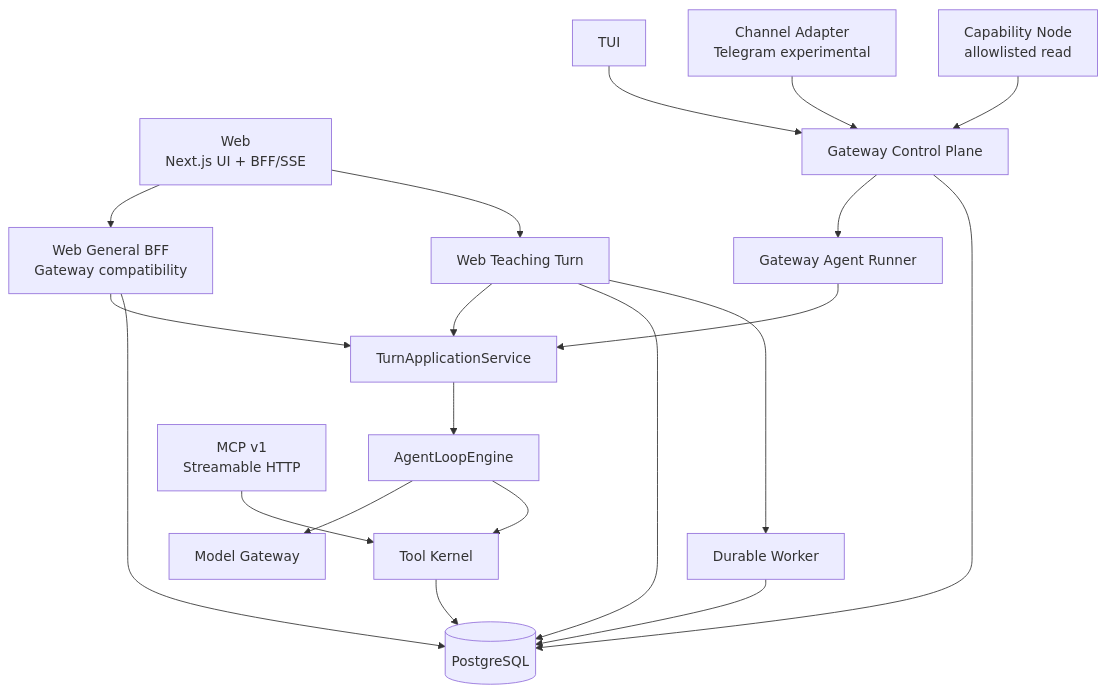
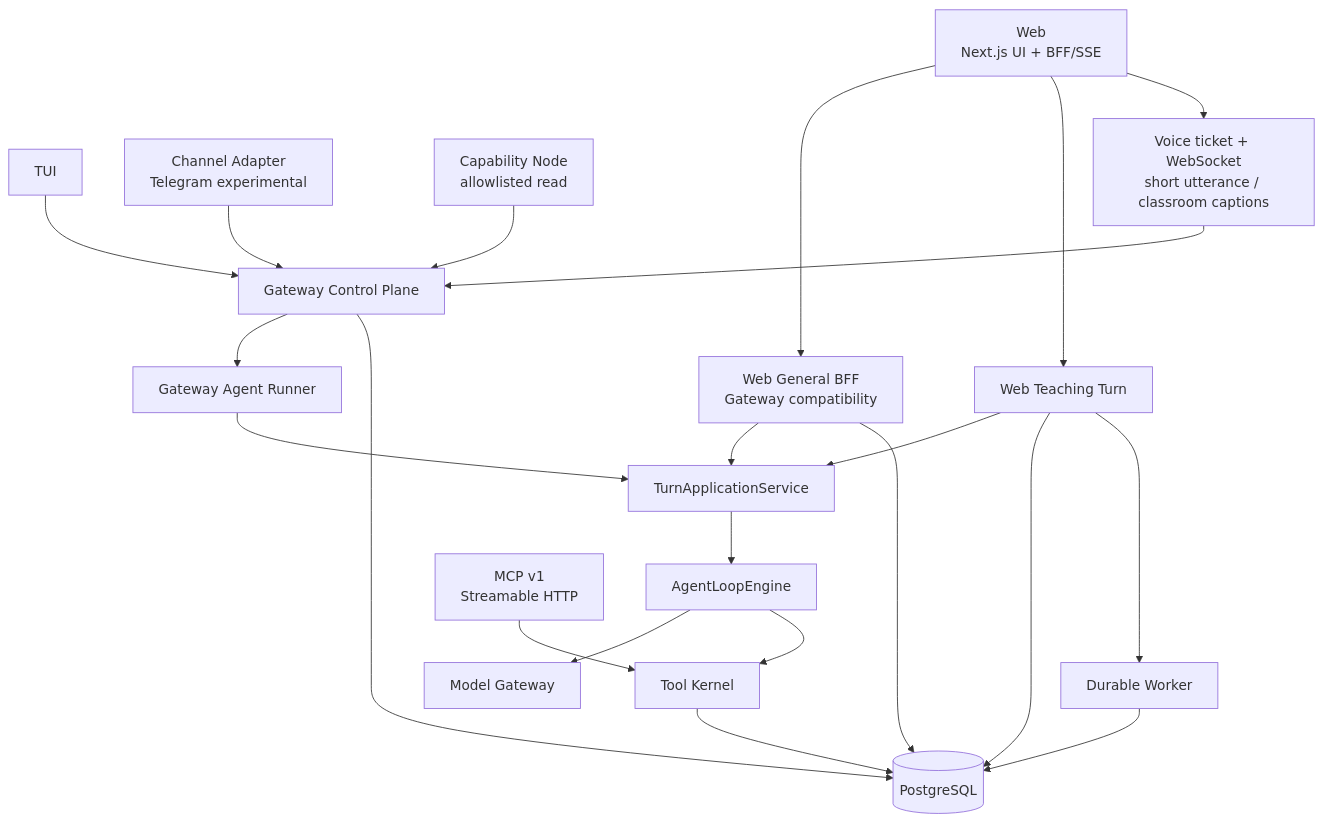
The diagram in docs/02-architecture/01-系统架构现状.md (Timcai06/EduCanvas), drawn with Mermaid before and after one commit. The commit also changed other lines of this file and 39 other files, not shown here.

````diff
--- a/docs/02-architecture/01-系统架构现状.md
+++ b/docs/02-architecture/01-系统架构现状.md
@@ -24,29 +24,31 @@
 ```mermaid
 flowchart TB
     Web["Web\nNext.js UI + BFF/SSE"]
     TUI["TUI"]
     Channel["Channel Adapter\nTelegram experimental"]
     Node["Capability Node\nallowlisted read"]
 
     Web --> WebGeneral["Web General BFF\nGateway compatibility"]
     Web --> WebTeaching["Web Teaching Turn"]
+    Web --> Voice["Voice ticket + WebSocket\nshort utterance / classroom captions"]
     WebGeneral --> TurnApp
     WebTeaching --> TurnApp
 
     TUI --> Gateway["Gateway Control Plane"]
     Channel --> Gateway
     Node --> Gateway
     Gateway --> GatewayRunner["Gateway Agent Runner"]
     GatewayRunner --> TurnApp["TurnApplicationService"]
     TurnApp --> Loop["AgentLoopEngine"]
 
     Loop --> Model["Model Gateway"]
     Loop --> Tools["Tool Kernel"]
     MCP["MCP v1\nStreamable HTTP"] --> Tools
     Gateway --> DB[(PostgreSQL)]
+    Voice --> Gateway
     WebGeneral --> DB
     WebTeaching --> DB
     Tools --> DB
     WebTeaching --> Worker["Durable Worker"]
     Worker --> DB
 ```
````
